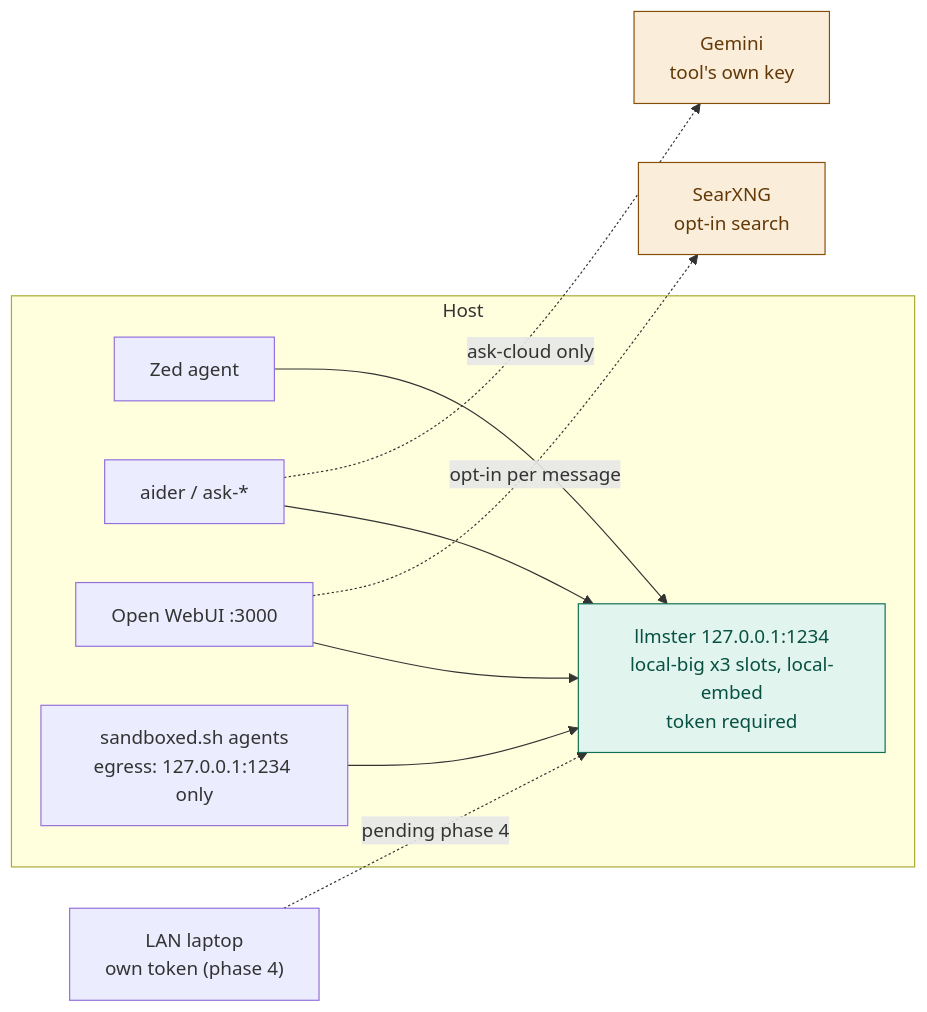
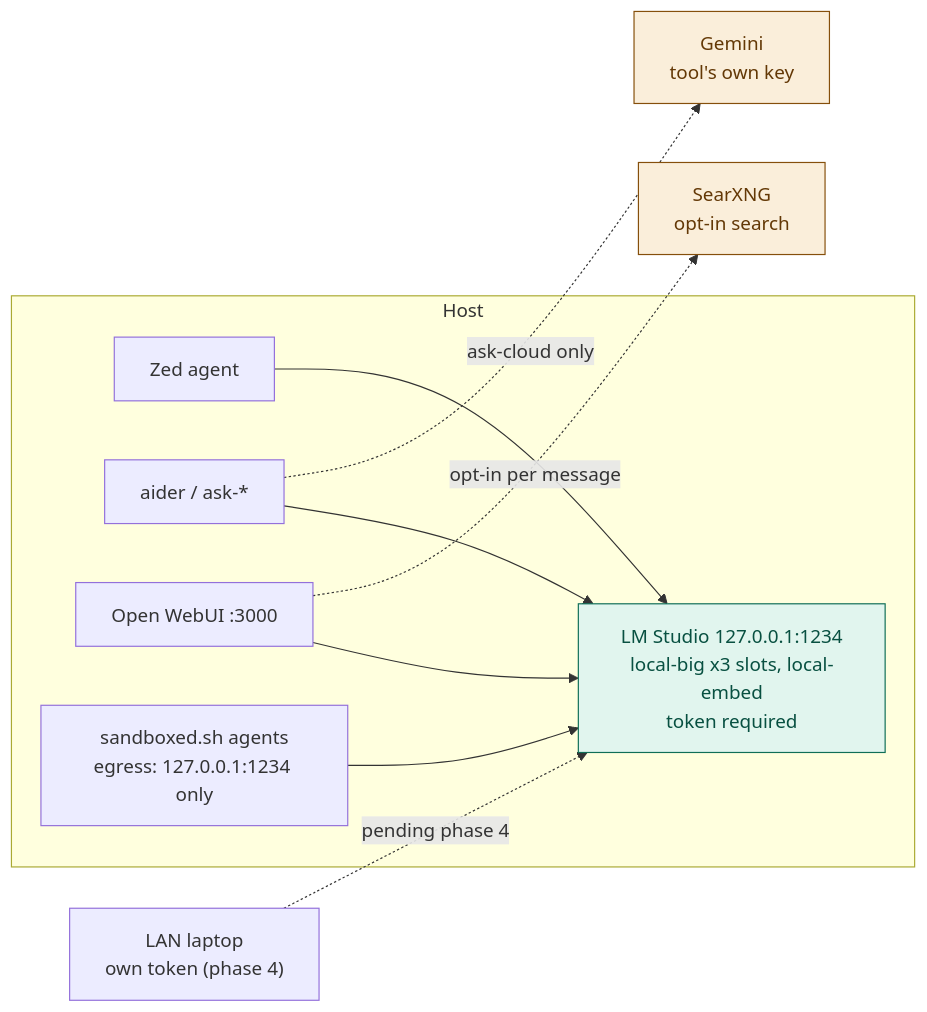
The diagram in README.md (ouster/hearth), drawn with Mermaid before and after one commit. The commit also changed other lines of this file and 5 other files, not shown here.

````diff
--- a/README.md
+++ b/README.md
@@ -26,26 +26,26 @@
 ```mermaid
 flowchart LR
     subgraph host["Host"]
         zed["Zed agent"]
         aider["aider / ask-*"]
         webui["Open WebUI :3000"]
         sbx["sandboxed.sh agents<br/>egress: 127.0.0.1:1234 only"]
-        lms["llmster 127.0.0.1:1234<br/>local-big x3 slots, local-embed<br/>token required"]
+        lms["LM Studio 127.0.0.1:1234<br/>local-big x3 slots, local-embed<br/>token required"]
     end
     laptop["LAN laptop<br/>own token (phase 4)"]
     cloud["Gemini<br/>tool's own key"]
     searx["SearXNG<br/>opt-in search"]
 
     zed --> lms
     aider --> lms
     webui --> lms
     sbx --> lms
     laptop -.->|"pending phase 4"| lms
     aider -.->|"ask-cloud only"| cloud
     webui -.->|"opt-in per message"| searx
 
     classDef localCls fill:#E1F5EE,stroke:#0F6E56,color:#085041
     classDef leaveCls fill:#FAEEDA,stroke:#854F0B,color:#633806
     class lms localCls
     class cloud,searx leaveCls
 ```
````
